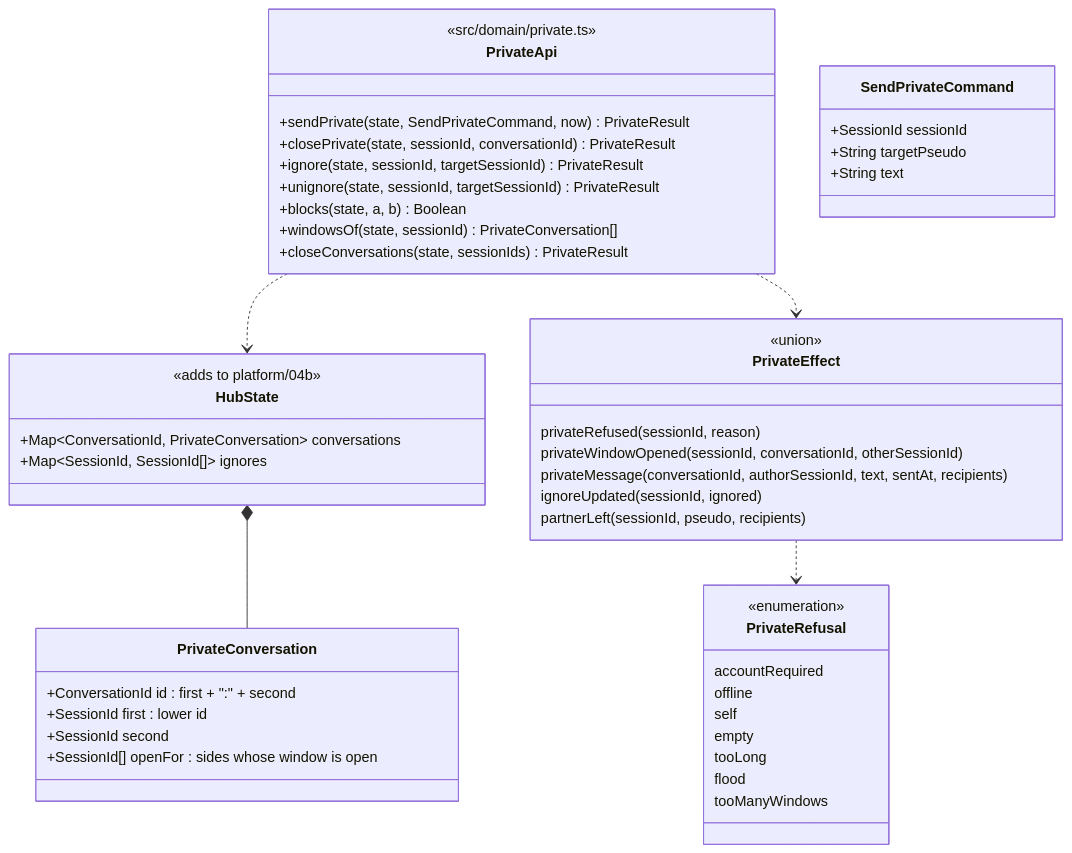
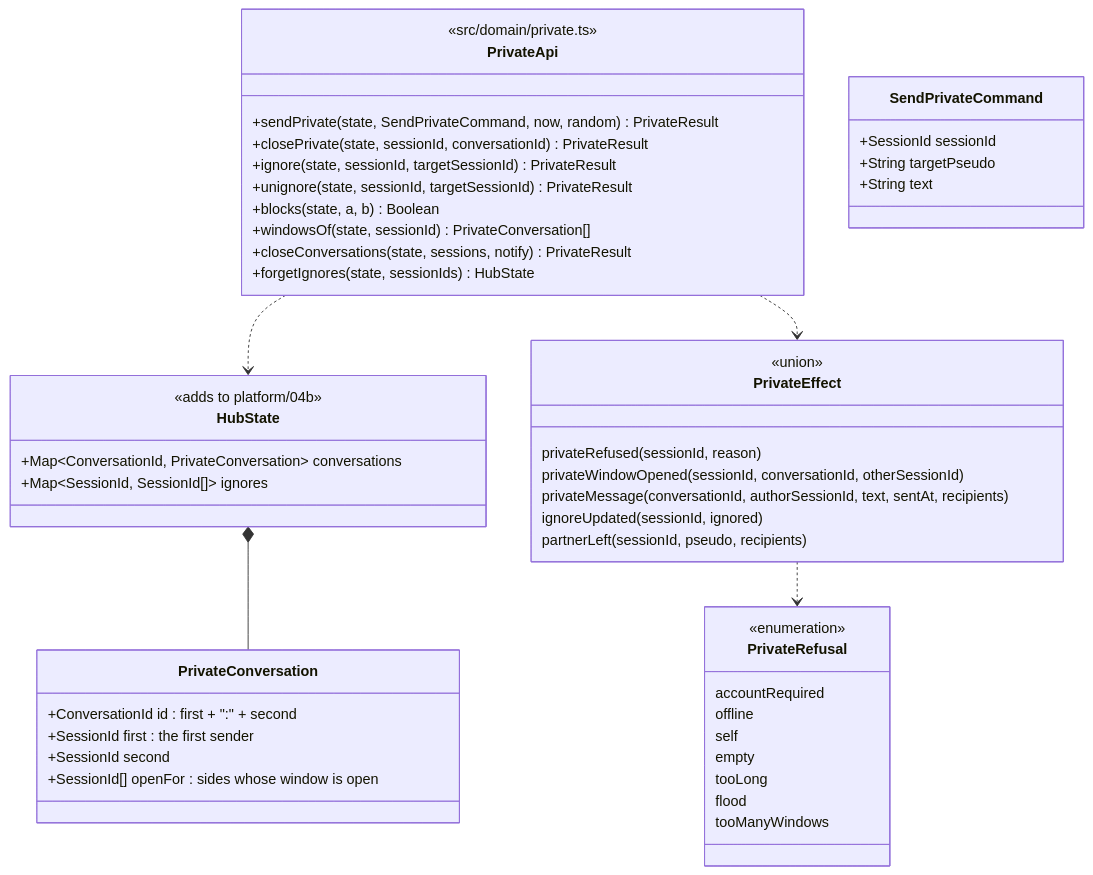
One commit to benoit-bremaud/asv changed the diagram in docs/architecture/diagrams/private-conversations/07-class-domain-api.md. Above: the diagram before and after it, drawn with Mermaid. The commit also changed other lines of this file and 27 other files, not shown here.

First line of the commit message:
feat(private): brick 6 — private conversations, ignore and directory search

````diff
--- a/docs/architecture/diagrams/private-conversations/07-class-domain-api.md
+++ b/docs/architecture/diagrams/private-conversations/07-class-domain-api.md
@@ -16,51 +16,52 @@
 ```mermaid
 classDiagram
   class HubState {
     <<adds to platform/04b>>
     +Map~ConversationId, PrivateConversation~ conversations
     +Map~SessionId, SessionId[]~ ignores
   }
   class PrivateConversation {
     +ConversationId id : first + ":" + second
-    +SessionId first : lower id
+    +SessionId first : the first sender
     +SessionId second
     +SessionId[] openFor : sides whose window is open
   }
   class PrivateApi {
     <<src/domain/private.ts>>
-    +sendPrivate(state, SendPrivateCommand, now) PrivateResult
+    +sendPrivate(state, SendPrivateCommand, now, random) PrivateResult
     +closePrivate(state, sessionId, conversationId) PrivateResult
     +ignore(state, sessionId, targetSessionId) PrivateResult
     +unignore(state, sessionId, targetSessionId) PrivateResult
     +blocks(state, a, b) Boolean
     +windowsOf(state, sessionId) PrivateConversation[]
-    +closeConversations(state, sessionIds) PrivateResult
+    +closeConversations(state, sessions, notify) PrivateResult
+    +forgetIgnores(state, sessionIds) HubState
   }
   class SendPrivateCommand {
     +SessionId sessionId
     +String targetPseudo
     +String text
   }
   class PrivateEffect {
     <<union>>
     privateRefused(sessionId, reason)
     privateWindowOpened(sessionId, conversationId, otherSessionId)
     privateMessage(conversationId, authorSessionId, text, sentAt, recipients)
     ignoreUpdated(sessionId, ignored)
     partnerLeft(sessionId, pseudo, recipients)
   }
   class PrivateRefusal {
     <<enumeration>>
     accountRequired
     offline
     self
     empty
     tooLong
     flood
     tooManyWindows
   }
   PrivateApi ..> HubState
   PrivateApi ..> PrivateEffect
   HubState *-- PrivateConversation
   PrivateEffect ..> PrivateRefusal
 ```
````
